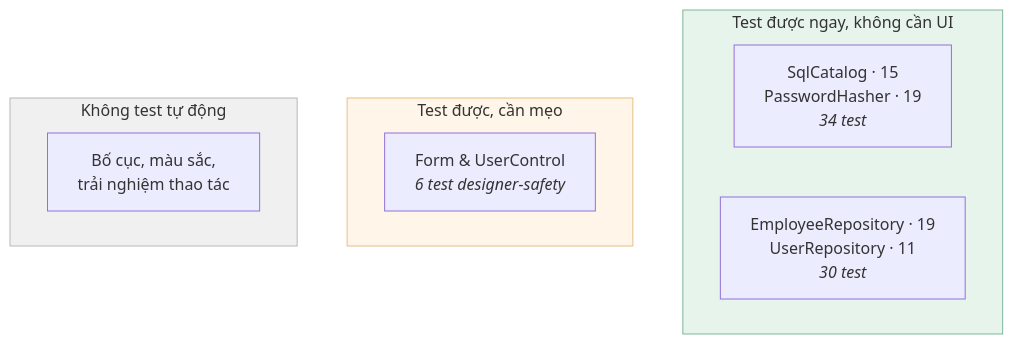
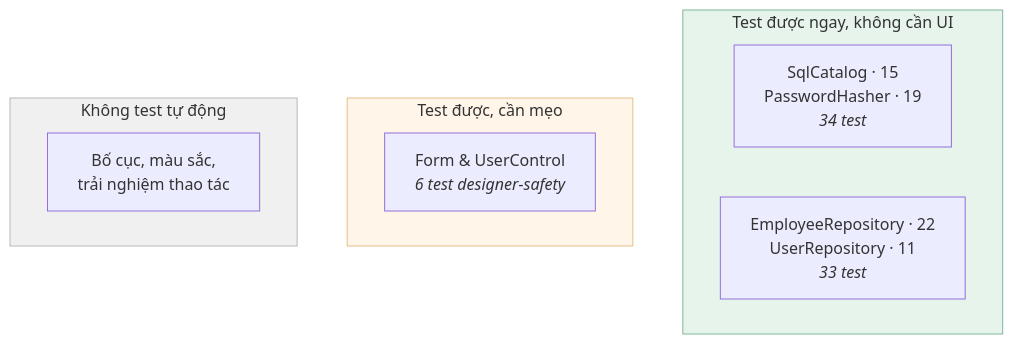
One commit to vielang/dotnet-framework-admin changed the first of 4 diagrams in docs/08-kiem-thu-winforms.md. Above: the diagram before and after it, drawn with Mermaid. The commit also changed other lines of this file and 8 other files, not shown here.

````diff
--- a/docs/08-kiem-thu-winforms.md
+++ b/docs/08-kiem-thu-winforms.md
@@ -17,20 +17,20 @@
 ```mermaid
 flowchart TB
     subgraph T["Test được ngay, không cần UI"]
         direction LR
         A["SqlCatalog · 15<br/>PasswordHasher · 19<br/><i>34 test</i>"]
-        B["EmployeeRepository · 19<br/>UserRepository · 11<br/><i>30 test</i>"]
+        B["EmployeeRepository · 22<br/>UserRepository · 11<br/><i>33 test</i>"]
     end
 
     subgraph D["Test được, cần mẹo"]
         C["Form &amp; UserControl<br/><i>6 test designer-safety</i>"]
     end
 
     subgraph N["Không test tự động"]
         E["Bố cục, màu sắc,<br/>trải nghiệm thao tác"]
     end
 
     style T fill:#e6f4ec,stroke:#7fb79a
     style D fill:#fff5e8,stroke:#e5bf87
     style N fill:#f0f0f0,stroke:#b8b8b8
 ```
````
